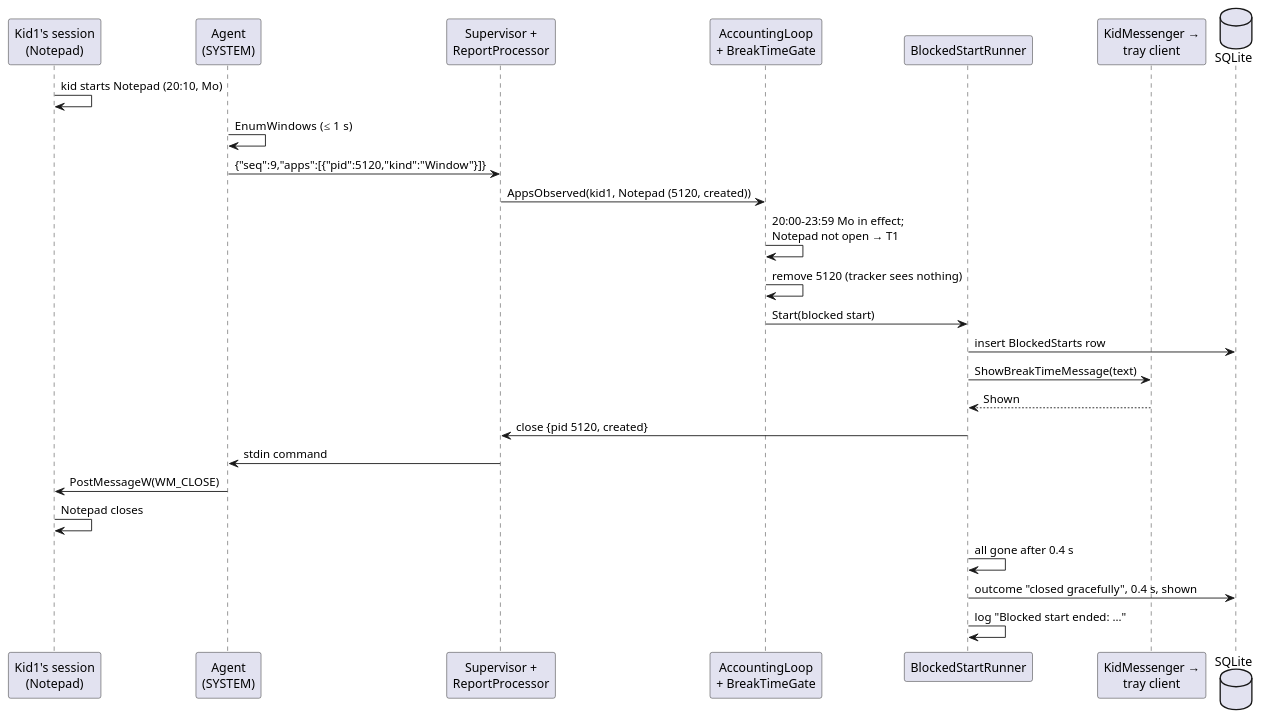
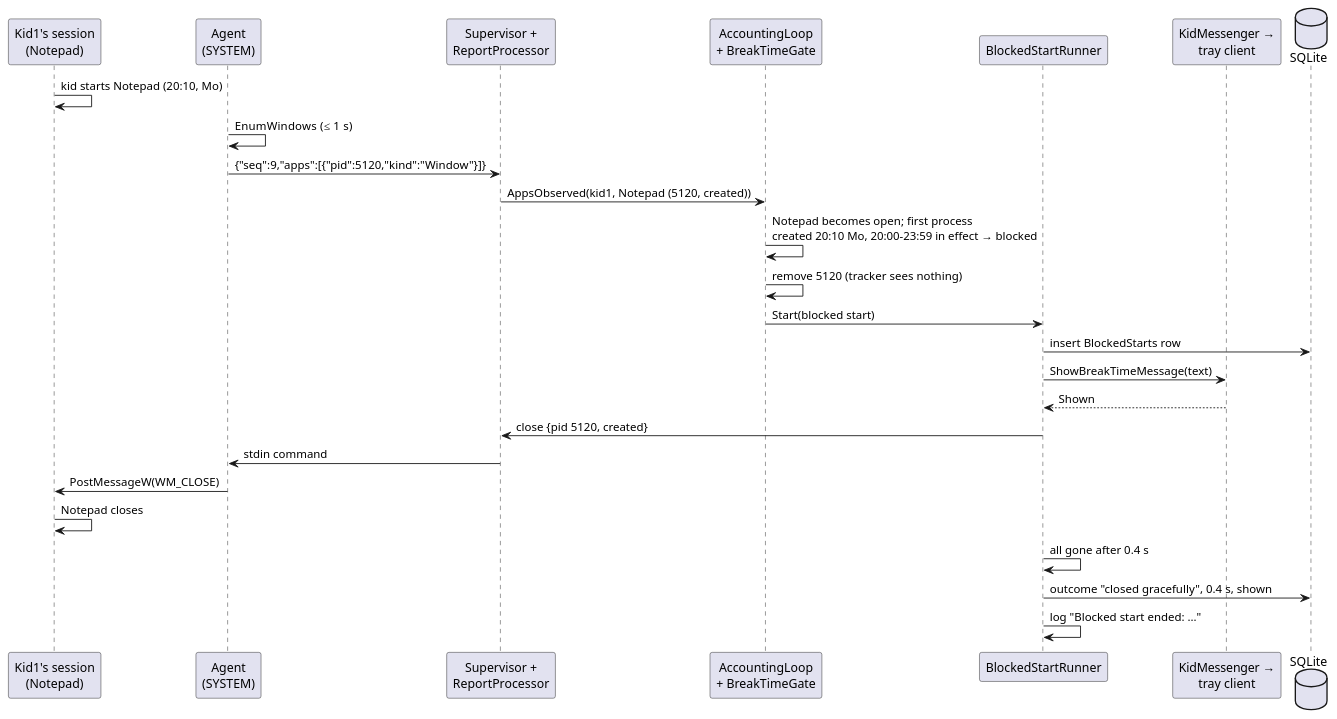
One commit to adlemich/EagleEye changed the third of 3 diagrams in 02_Implementation/docs/requirements/user-stories/US-005/implementation-plan.md. Above: the diagram before and after it, drawn with PlantUML. The commit also changed other lines of this file and 9 other files, not shown here.

````diff
--- a/02_Implementation/docs/requirements/user-stories/US-005/implementation-plan.md
+++ b/02_Implementation/docs/requirements/user-stories/US-005/implementation-plan.md
@@ -485,29 +507,29 @@
 ```plantuml
 @startuml US-005 Runtime
 participant "Kid1's session\n(Notepad)" as N
 participant "Agent\n(SYSTEM)" as AG
 participant "Supervisor +\nReportProcessor" as SP
 participant "AccountingLoop\n+ BreakTimeGate" as G
 participant "BlockedStartRunner" as R
 participant "KidMessenger →\ntray client" as K
 database "SQLite" as DB
 
 N -> N : kid starts Notepad (20:10, Mo)
 AG -> AG : EnumWindows (≤ 1 s)
 AG -> SP : {"seq":9,"apps":[{"pid":5120,"kind":"Window"}]}
 SP -> G : AppsObserved(kid1, Notepad (5120, created))
-G -> G : 20:00–23:59 Mo in effect;\nNotepad not open → T1
+G -> G : Notepad becomes open; first process\ncreated 20:10 Mo, 20:00–23:59 in effect → blocked
 G -> G : remove 5120 (tracker sees nothing)
 G -> R : Start(blocked start)
 R -> DB : insert BlockedStarts row
 R -> K : ShowBreakTimeMessage(text)
 K --> R : Shown
 R -> SP : close {pid 5120, created}
 SP -> AG : stdin command
 AG -> N : PostMessageW(WM_CLOSE)
 N -> N : Notepad closes
 R -> R : all gone after 0.4 s
 R -> DB : outcome "closed gracefully", 0.4 s, shown
 R -> R : log "Blocked start ended: …"
 @enduml
 ```
````
